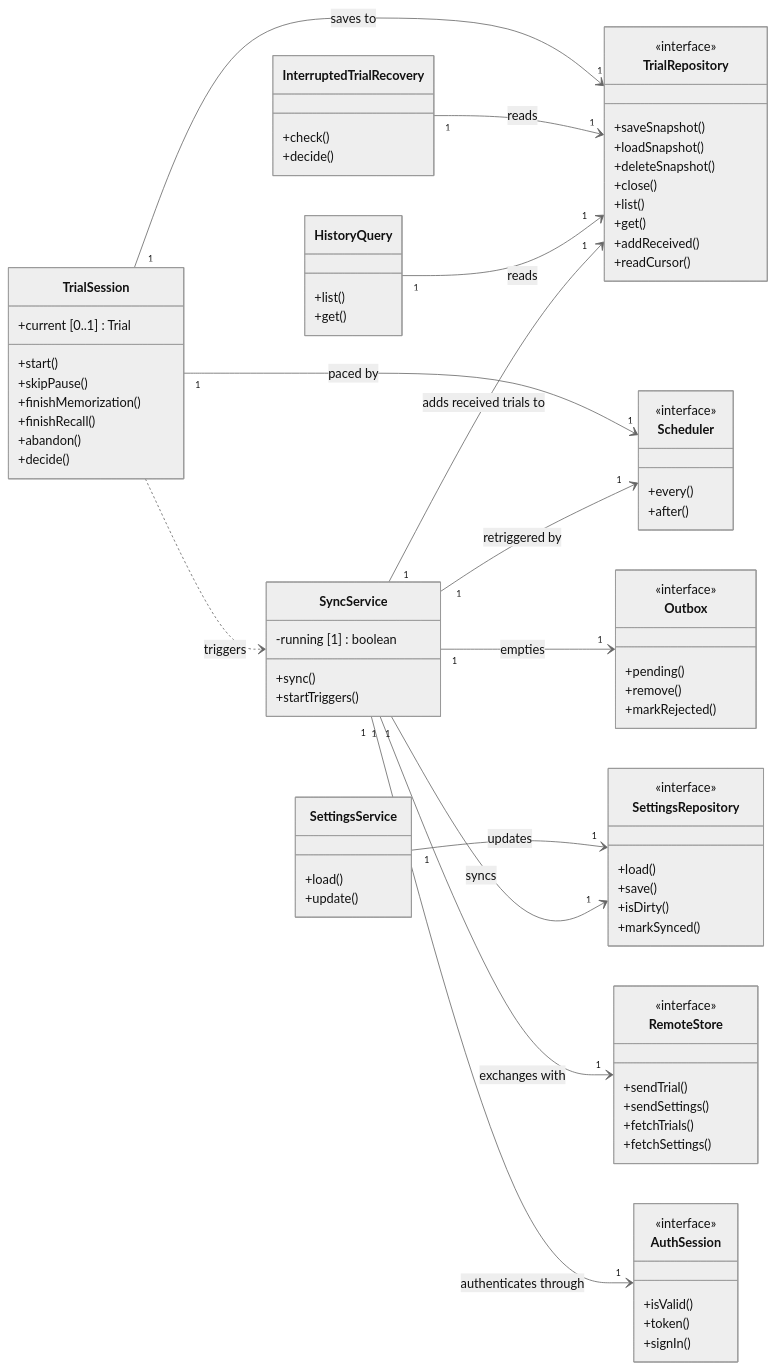
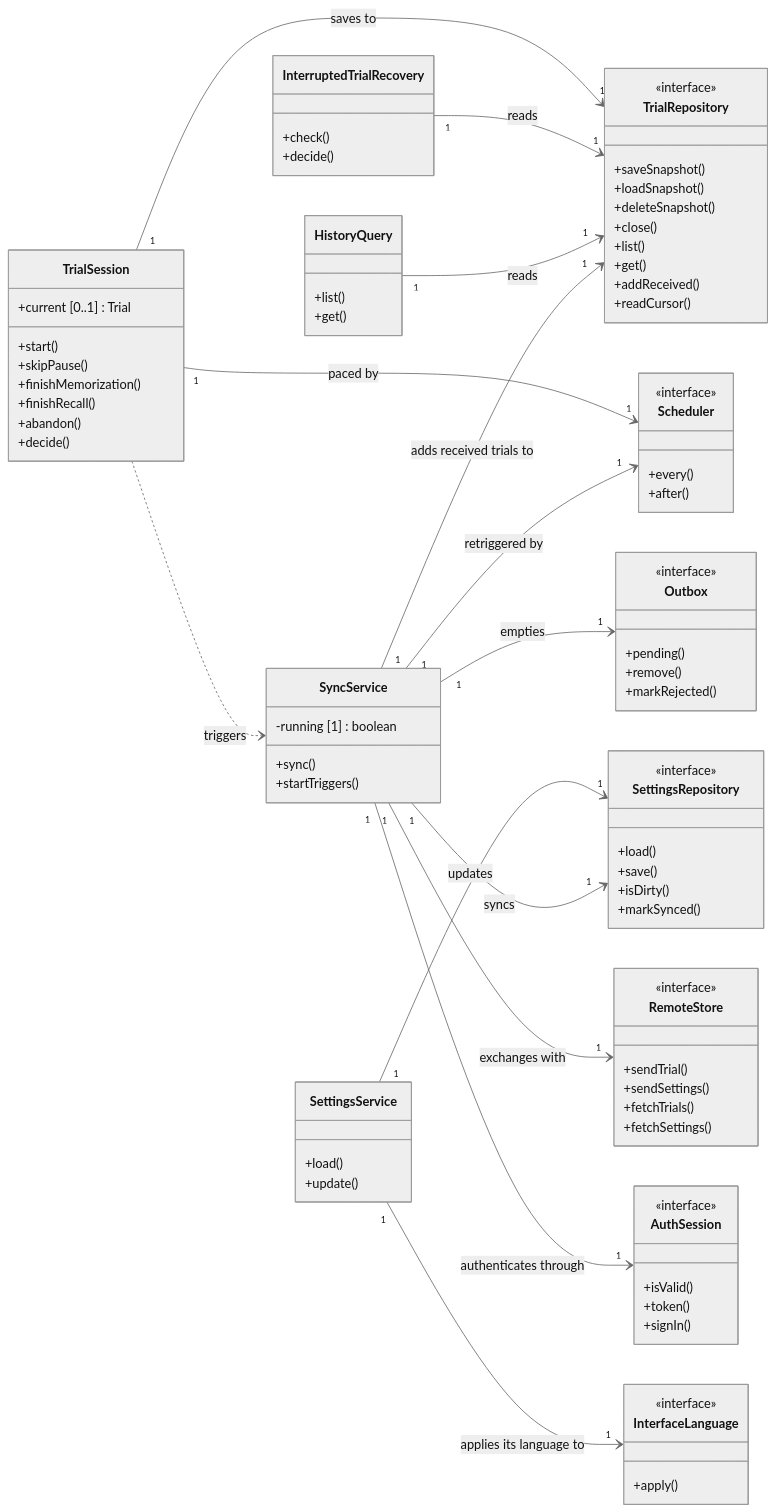
Before and after one commit to gabrielluthun/memory-trainer: the second of 3 diagrams in docs/04-specifications/uml/classes.md, drawn with Mermaid (neutral theme). The commit also changed other lines of this file, not shown here.

Commit message:
docs(specs): add the interface language port to the class diagram

```diff
--- a/docs/04-specifications/uml/classes.md
+++ b/docs/04-specifications/uml/classes.md
@@ -272,6 +272,10 @@
         +isDirty()
         +markSynced()
     }
+    class InterfaceLanguage {
+        <<interface>>
+        +apply()
+    }
     class RemoteStore {
         <<interface>>
         +sendTrial()
@@ -297,6 +301,7 @@
     InterruptedTrialRecovery "1" --> "1" TrialRepository : reads
     HistoryQuery "1" --> "1" TrialRepository : reads
     SettingsService "1" --> "1" SettingsRepository : updates
+    SettingsService "1" --> "1" InterfaceLanguage : applies its language to
     SyncService "1" --> "1" Outbox : empties
     SyncService "1" --> "1" TrialRepository : adds received trials to
     SyncService "1" --> "1" SettingsRepository : syncs
```
